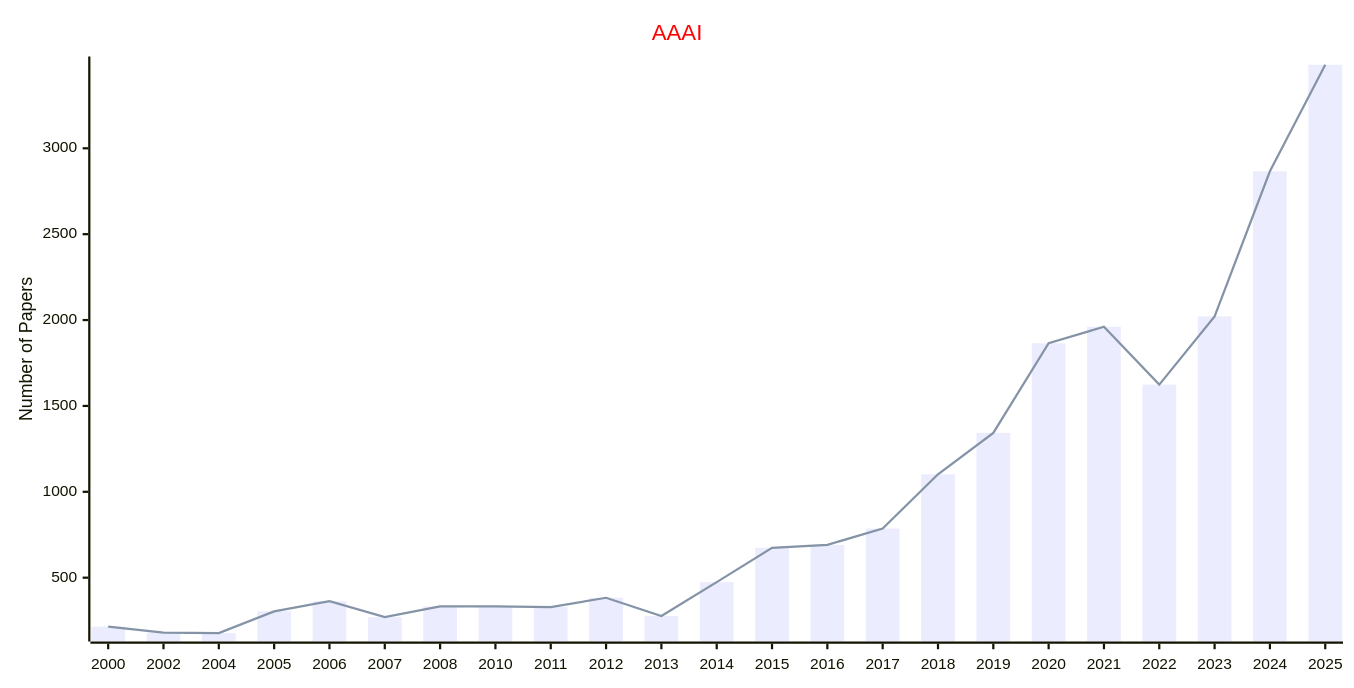
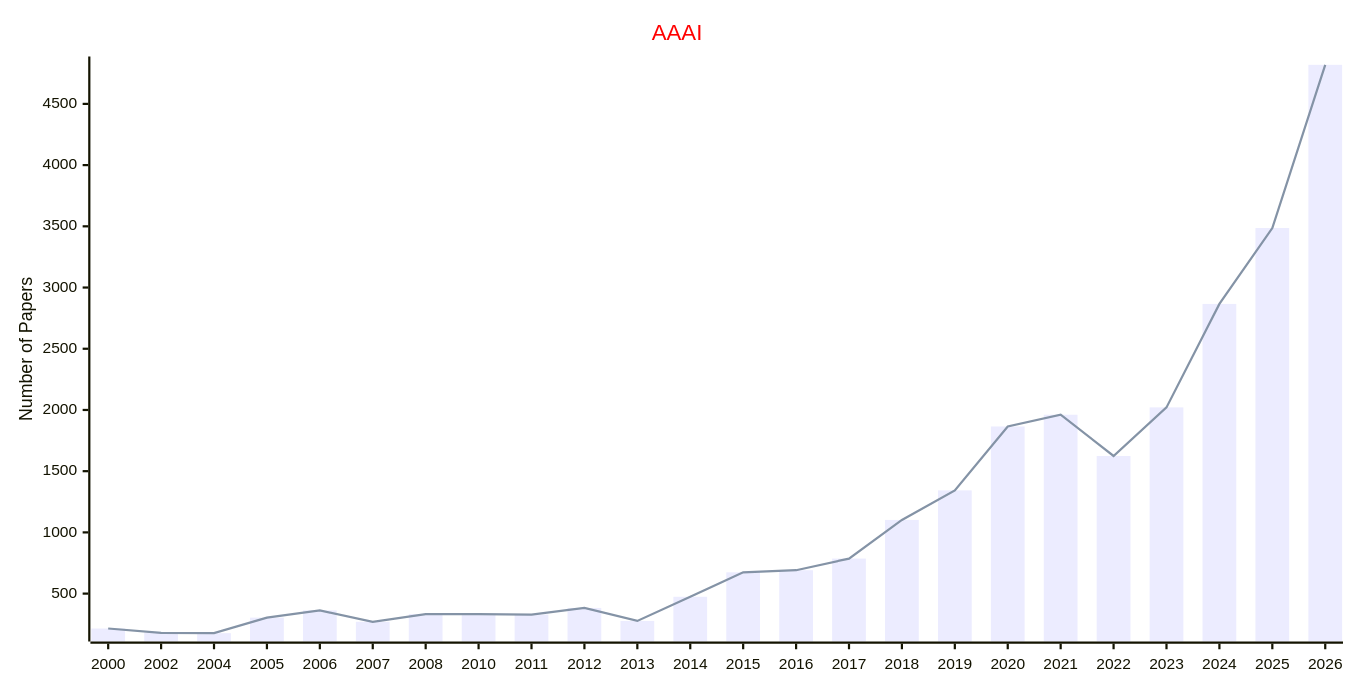
The first of 3 diagrams in docs/data/Conferences/Publishers_Conferences/AAAI.md (Easy-PhD/AILinks), drawn with Mermaid before and after one commit. The commit also changed other lines of this file and 15 other files, not shown here.

````diff
--- a/docs/data/Conferences/Publishers_Conferences/AAAI.md
+++ b/docs/data/Conferences/Publishers_Conferences/AAAI.md
@@ -11,17 +11,17 @@
 ```mermaid
 ---
 config:
     xyChart:
         width: 1200
         height: 600
     themeVariables:
         xyChart:
             titleColor: "#ff0000"
 ---
 xychart-beta
     title "AAAI"
-    x-axis [2000, 2002, 2004, 2005, 2006, 2007, 2008, 2010, 2011, 2012, 2013, 2014, 2015, 2016, 2017, 2018, 2019, 2020, 2021, 2022, 2023, 2024, 2025]
+    x-axis [2000, 2002, 2004, 2005, 2006, 2007, 2008, 2010, 2011, 2012, 2013, 2014, 2015, 2016, 2017, 2018, 2019, 2020, 2021, 2022, 2023, 2024, 2025, 2026]
     y-axis "Number of Papers"
-    bar [215, 180, 177, 304, 363, 270, 333, 333, 329, 383, 277, 474, 674, 691, 786, 1102, 1343, 1865, 1961, 1624, 2021, 2866, 3486]
-    line [215, 180, 177, 304, 363, 270, 333, 333, 329, 383, 277, 474, 674, 691, 786, 1102, 1343, 1865, 1961, 1624, 2021, 2866, 3486]
+    bar [215, 180, 177, 304, 363, 270, 333, 333, 329, 383, 277, 474, 674, 691, 786, 1102, 1343, 1865, 1961, 1624, 2021, 2866, 3486, 4819]
+    line [215, 180, 177, 304, 363, 270, 333, 333, 329, 383, 277, 474, 674, 691, 786, 1102, 1343, 1865, 1961, 1624, 2021, 2866, 3486, 4819]
 ```
````
